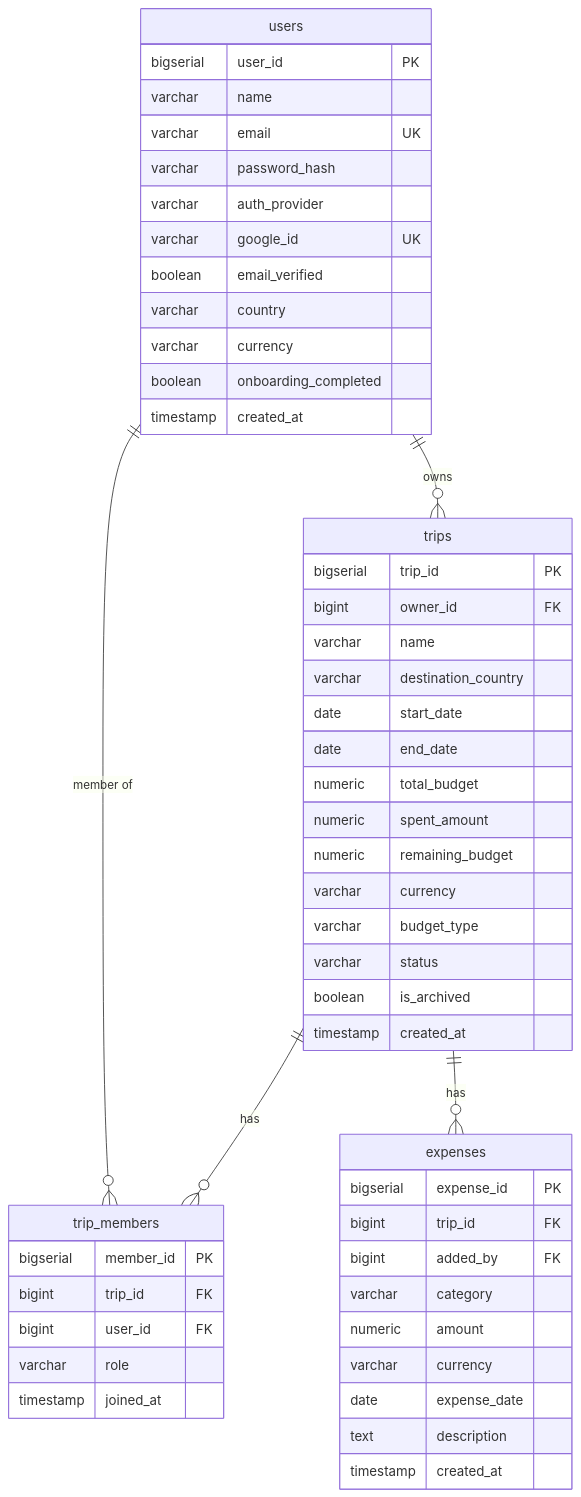
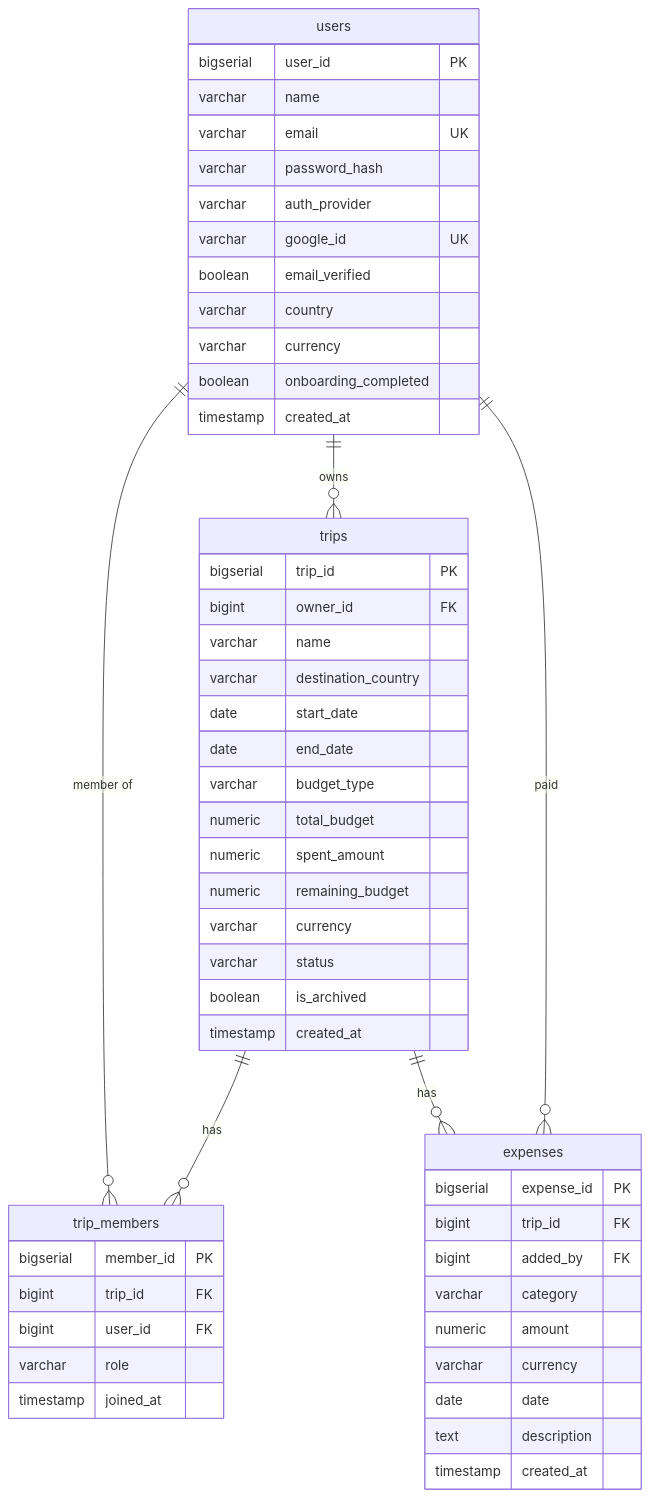
The eighth of 16 diagrams in portfolio-react/public/docs/travelluhh.md (snsyaqirah/snsyaqirah.github.io), drawn with Mermaid before and after one commit. The commit also changed other lines of this file and 101 other files, not shown here.

````diff
--- a/portfolio-react/public/docs/travelluhh.md
+++ b/portfolio-react/public/docs/travelluhh.md
@@ -259,54 +270,55 @@
 ```mermaid
 erDiagram
     users {
         bigserial user_id PK
         varchar name
         varchar email UK
         varchar password_hash
         varchar auth_provider
         varchar google_id UK
         boolean email_verified
         varchar country
         varchar currency
         boolean onboarding_completed
         timestamp created_at
     }
     trips {
         bigserial trip_id PK
         bigint owner_id FK
         varchar name
         varchar destination_country
         date start_date
         date end_date
+        varchar budget_type
         numeric total_budget
         numeric spent_amount
         numeric remaining_budget
         varchar currency
-        varchar budget_type
         varchar status
         boolean is_archived
         timestamp created_at
     }
     trip_members {
         bigserial member_id PK
         bigint trip_id FK
         bigint user_id FK
         varchar role
         timestamp joined_at
     }
     expenses {
         bigserial expense_id PK
         bigint trip_id FK
         bigint added_by FK
         varchar category
         numeric amount
         varchar currency
-        date expense_date
+        date date
         text description
         timestamp created_at
     }
     users ||--o{ trips : "owns"
     users ||--o{ trip_members : "member of"
     trips ||--o{ trip_members : "has"
     trips ||--o{ expenses : "has"
+    users ||--o{ expenses : "paid"
 ```
````
